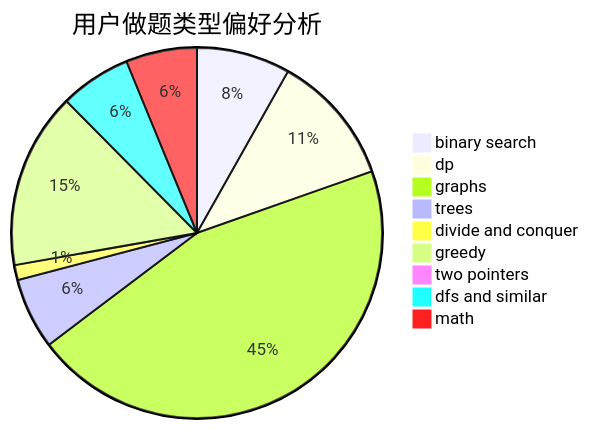
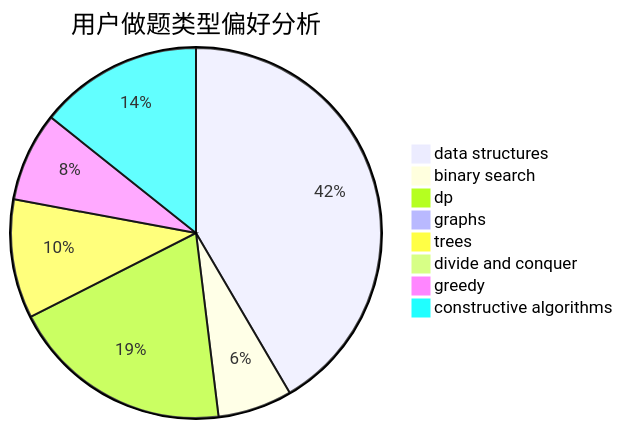
The second of 3 diagrams in docs/user/u2656.md (sherpahu/cfrs.github.io), drawn with Mermaid before and after one commit. The commit also changed other lines of this file and 2775 other files, not shown here.

````diff
--- a/docs/user/u2656.md
+++ b/docs/user/u2656.md
@@ -23,12 +23,11 @@
 ```mermaid
 pie title 用户做题类型偏好分析
-    "binary search" :  25
-    "dp" :  35
-    "graphs" :  138
-    "trees" :  19
-    "divide and conquer" :  4
-    "greedy" :  47
-    "two pointers" :  0
-    "dfs and similar" :  19
-    "math" :  19
+    "data structures" :  32
+    "binary search" :  5
+    "dp" :  15
+    "graphs" :  0
+    "trees" :  8
+    "divide and conquer" :  0
+    "greedy" :  6
+    "constructive algorithms" :  11
 ```
````
